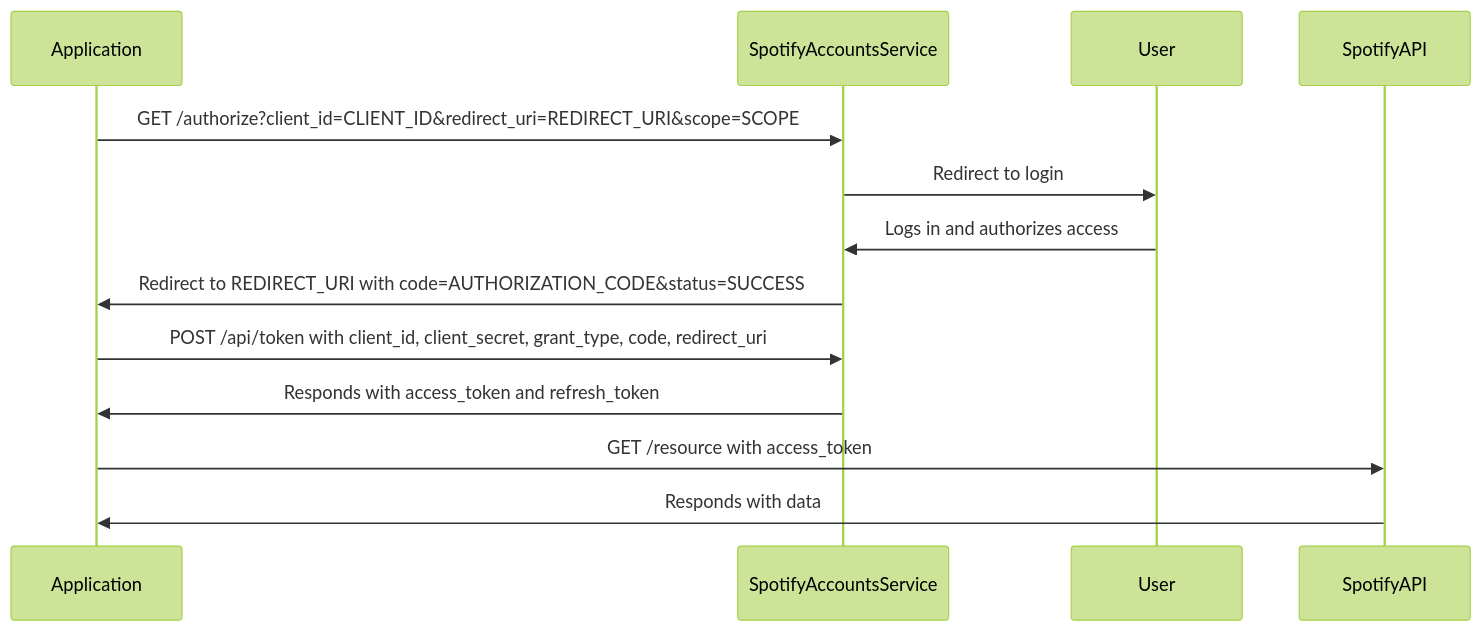
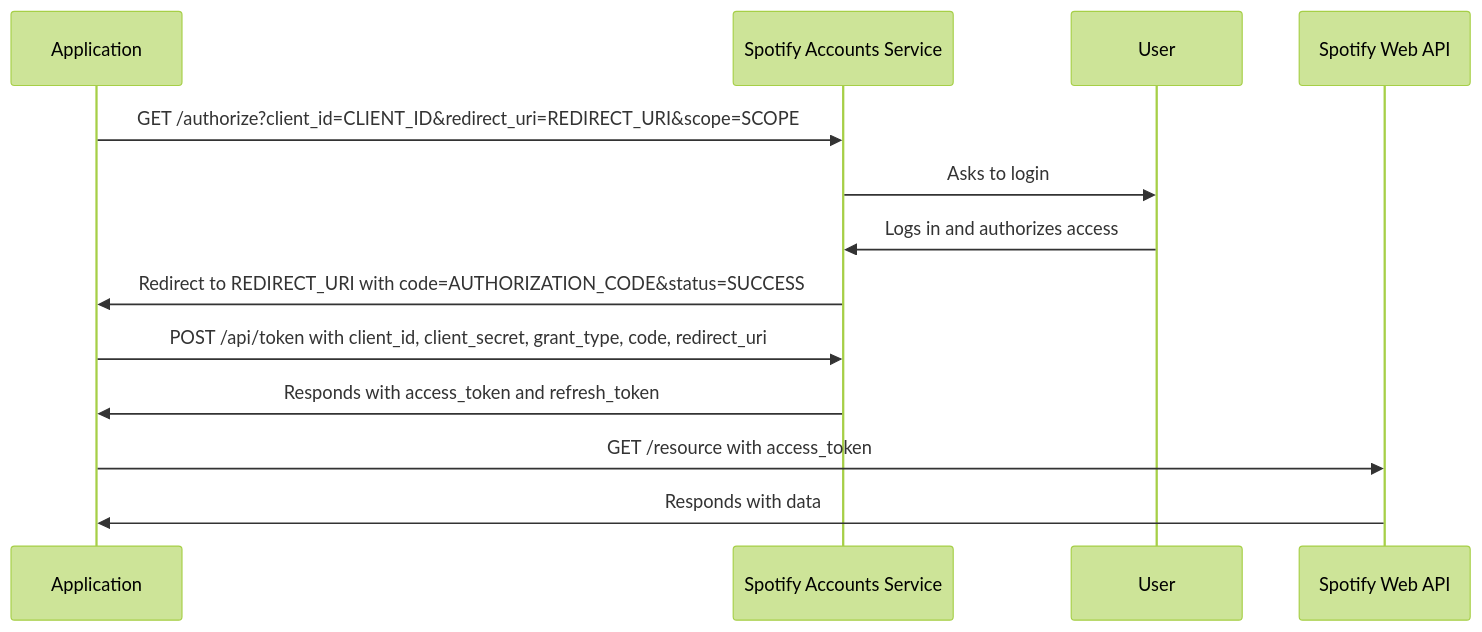
One commit to Enrique-Giottonini/Enrique-Giottonini.github.io changed the diagram in content/post/spark-week-12/index.md. Above: the diagram before and after it, drawn with Mermaid (forest theme). The commit also changed other lines of this file and 1 other file, not shown here.

````diff
--- a/content/post/spark-week-12/index.md
+++ b/content/post/spark-week-12/index.md
@@ -237,15 +88,15 @@
 ```mermaid
 sequenceDiagram
     participant Application
-    participant SpotifyAccountsService
+    participant Spotify Accounts Service
     participant User
-    participant SpotifyAPI
-    Application->>SpotifyAccountsService: GET /authorize?client_id=CLIENT_ID&redirect_uri=REDIRECT_URI&scope=SCOPE
-    SpotifyAccountsService->>User: Redirect to login
-    User->>SpotifyAccountsService: Logs in and authorizes access
-    SpotifyAccountsService->>Application: Redirect to REDIRECT_URI with code=AUTHORIZATION_CODE&status=SUCCESS
-    Application->>SpotifyAccountsService: POST /api/token with client_id, client_secret, grant_type, code, redirect_uri
-    SpotifyAccountsService->>Application: Responds with access_token and refresh_token
-    Application->>SpotifyAPI: GET /resource with access_token
-    SpotifyAPI->>Application: Responds with data
+    participant Spotify Web API
+    Application->>Spotify Accounts Service: GET /authorize?client_id=CLIENT_ID&redirect_uri=REDIRECT_URI&scope=SCOPE
+    Spotify Accounts Service->>User: Asks to login
+    User->>Spotify Accounts Service: Logs in and authorizes access
+    Spotify Accounts Service->>Application: Redirect to REDIRECT_URI with code=AUTHORIZATION_CODE&status=SUCCESS
+    Application->>Spotify Accounts Service: POST /api/token with client_id, client_secret, grant_type, code, redirect_uri
+    Spotify Accounts Service->>Application: Responds with access_token and refresh_token
+    Application->>Spotify Web API: GET /resource with access_token
+    Spotify Web API->>Application: Responds with data
 ```
````
